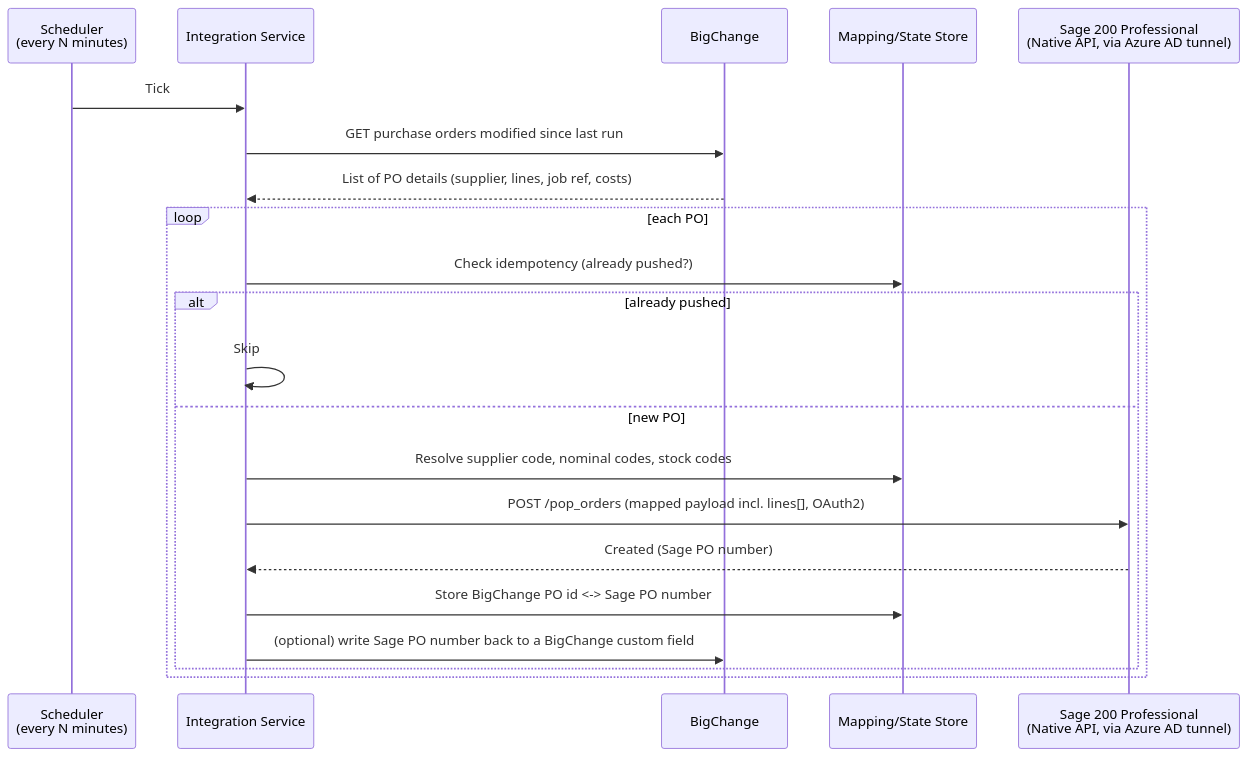
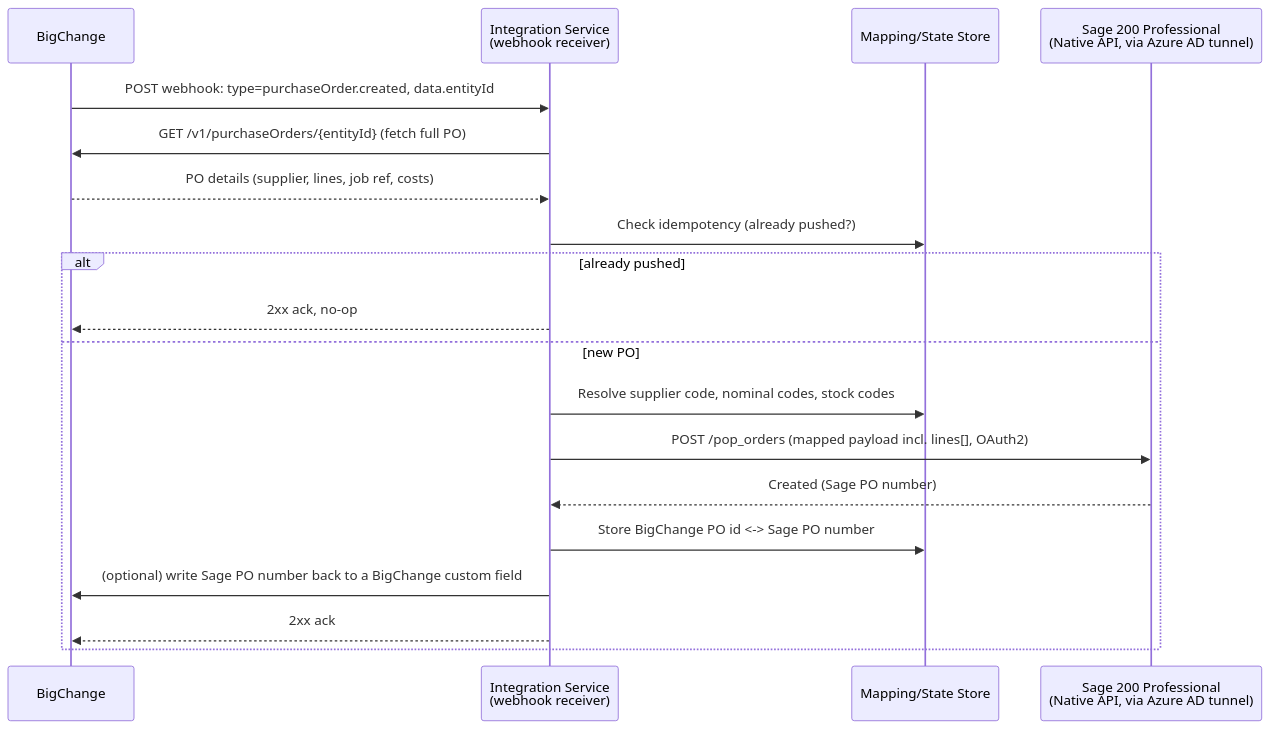
One commit to luciennzotarh-design/Test changed the diagram in docs/bigchange-sage200-po-integration.md. Above: the diagram before and after it, drawn with Mermaid. The commit also changed other lines of this file, not shown here.

Commit message:
Confirm BigChange webhook mechanism from official reference docs

````diff
--- a/docs/bigchange-sage200-po-integration.md
+++ b/docs/bigchange-sage200-po-integration.md
@@ -51,24 +65,22 @@
 ```mermaid
 sequenceDiagram
-    participant SCHED as Scheduler<br/>(every N minutes)
-    participant WH as Integration Service
     participant BC as BigChange
+    participant WH as Integration Service<br/>(webhook receiver)
     participant DB as Mapping/State Store
     participant SG as Sage 200 Professional<br/>(Native API, via Azure AD tunnel)
 
-    SCHED->>WH: Tick
-    WH->>BC: GET purchase orders modified since last run
-    BC-->>WH: List of PO details (supplier, lines, job ref, costs)
-    loop each PO
-        WH->>DB: Check idempotency (already pushed?)
-        alt already pushed
-            WH->>WH: Skip
-        else new PO
-            WH->>DB: Resolve supplier code, nominal codes, stock codes
-            WH->>SG: POST /pop_orders (mapped payload incl. lines[], OAuth2)
-            SG-->>WH: Created (Sage PO number)
-            WH->>DB: Store BigChange PO id <-> Sage PO number
-            WH->>BC: (optional) write Sage PO number back to a BigChange custom field
-        end
+    BC->>WH: POST webhook: type=purchaseOrder.created, data.entityId
+    WH->>BC: GET /v1/purchaseOrders/{entityId} (fetch full PO)
+    BC-->>WH: PO details (supplier, lines, job ref, costs)
+    WH->>DB: Check idempotency (already pushed?)
+    alt already pushed
+        WH-->>BC: 2xx ack, no-op
+    else new PO
+        WH->>DB: Resolve supplier code, nominal codes, stock codes
+        WH->>SG: POST /pop_orders (mapped payload incl. lines[], OAuth2)
+        SG-->>WH: Created (Sage PO number)
+        WH->>DB: Store BigChange PO id <-> Sage PO number
+        WH->>BC: (optional) write Sage PO number back to a BigChange custom field
+        WH-->>BC: 2xx ack
     end
 ```
````
